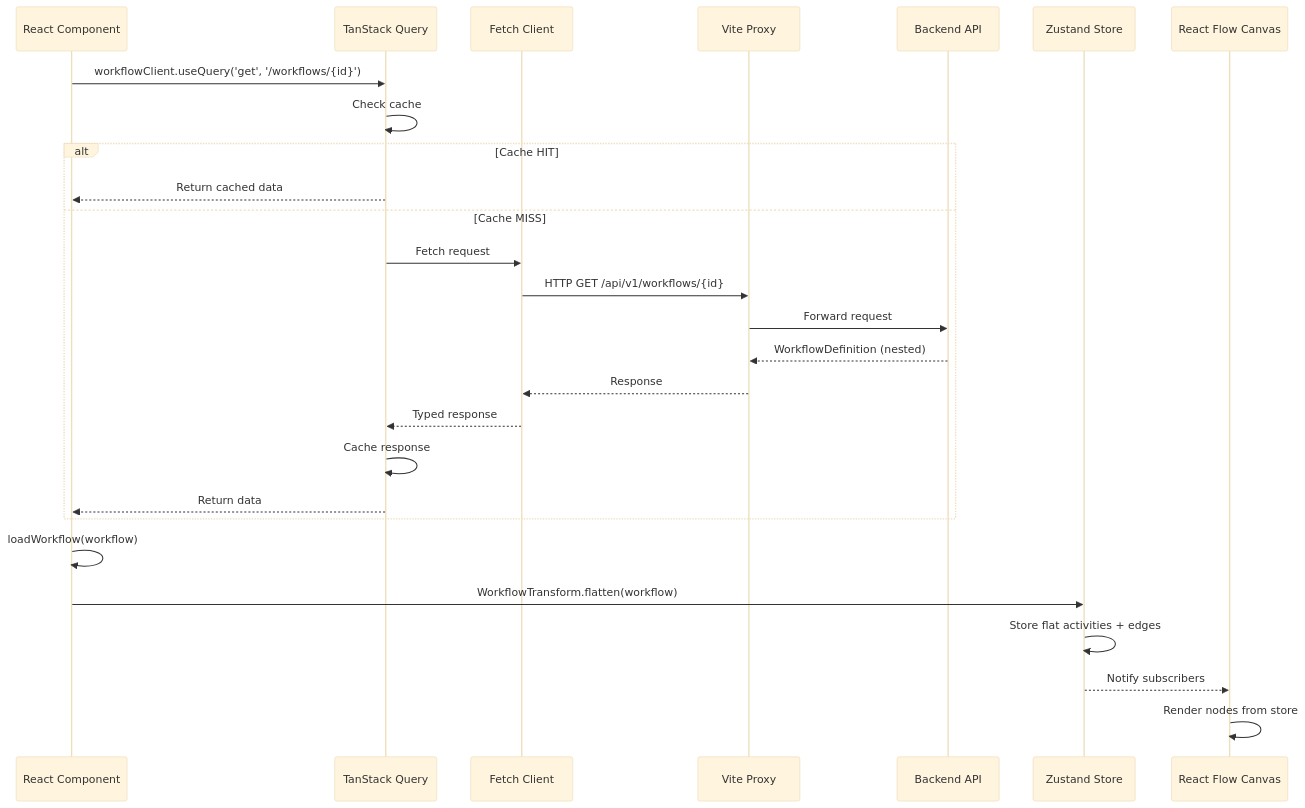
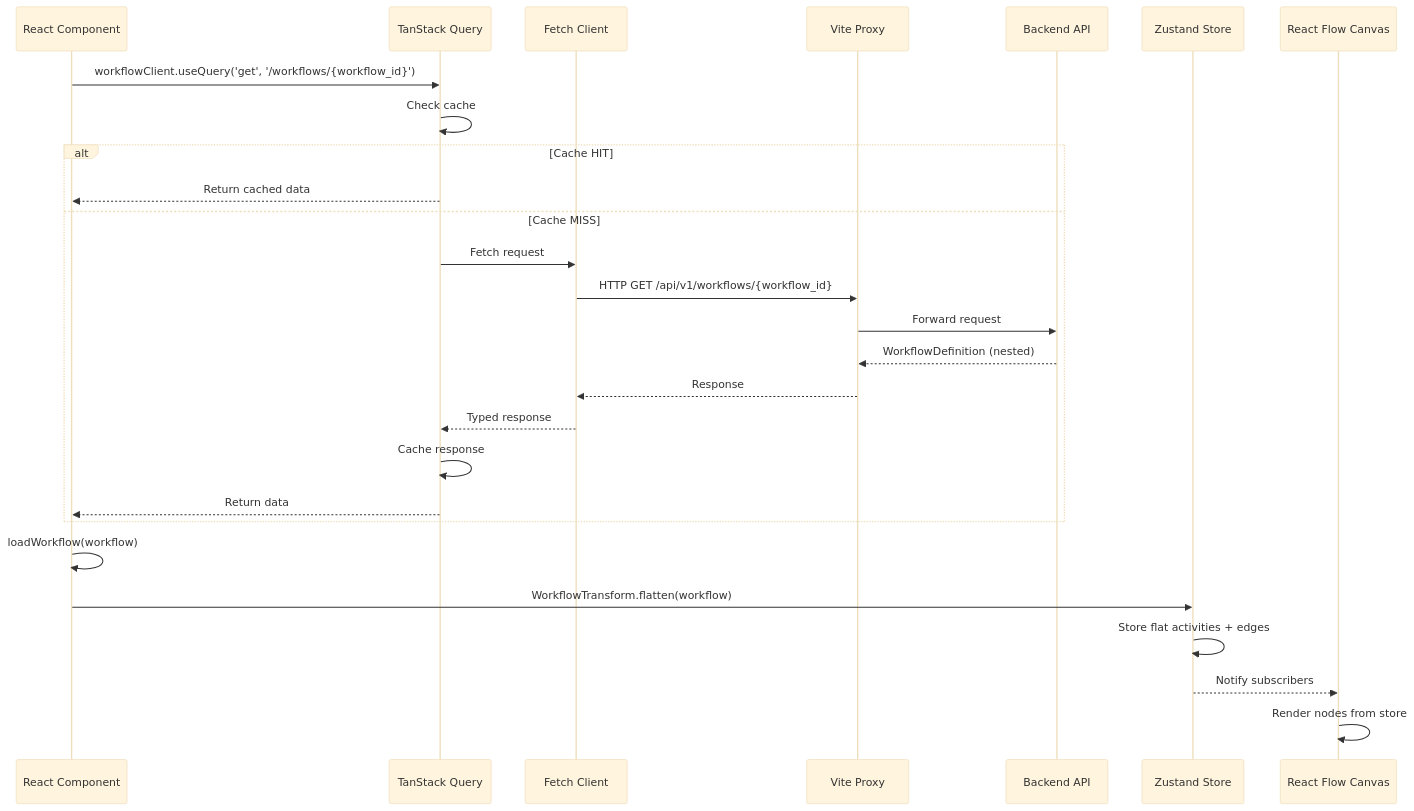
One commit to alinabuzachis/syntara changed the fourth of 10 diagrams in docs/data-flow.md. Above: the diagram before and after it, drawn with Mermaid (base theme). The commit also changed other lines of this file and 23 other files, not shown here.

First line of the commit message:
docs: update stale docs, fix broken mermaid diagrams, add mermaid linter (#307)

````diff
--- a/docs/data-flow.md
+++ b/docs/data-flow.md
@@ -208,32 +218,32 @@
 ```mermaid
 sequenceDiagram
     participant C as React Component
     participant Q as TanStack Query
     participant F as Fetch Client
     participant P as Vite Proxy
     participant B as Backend API
     participant Z as Zustand Store
     participant R as React Flow Canvas
 
-    C->>Q: workflowClient.useQuery('get', '/workflows/{id}')
+    C->>Q: workflowClient.useQuery('get', '/workflows/{workflow_id}')
     Q->>Q: Check cache
 
     alt Cache HIT
         Q-->>C: Return cached data
     else Cache MISS
         Q->>F: Fetch request
-        F->>P: HTTP GET /api/v1/workflows/{id}
+        F->>P: HTTP GET /api/v1/workflows/{workflow_id}
         P->>B: Forward request
         B-->>P: WorkflowDefinition (nested)
         P-->>F: Response
         F-->>Q: Typed response
         Q->>Q: Cache response
         Q-->>C: Return data
     end
 
     C->>C: loadWorkflow(workflow)
     C->>Z: WorkflowTransform.flatten(workflow)
     Z->>Z: Store flat activities + edges
     Z-->>R: Notify subscribers
     R->>R: Render nodes from store
 ```
````
